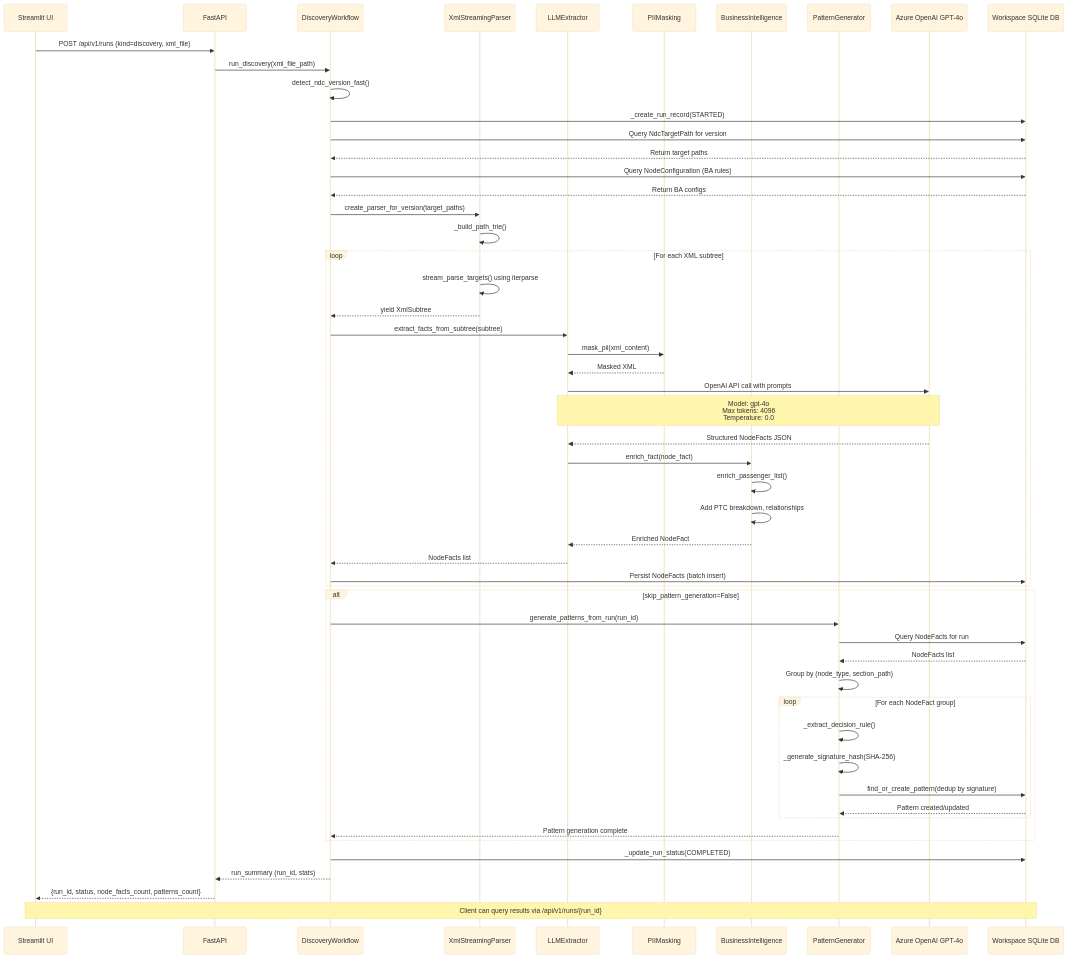
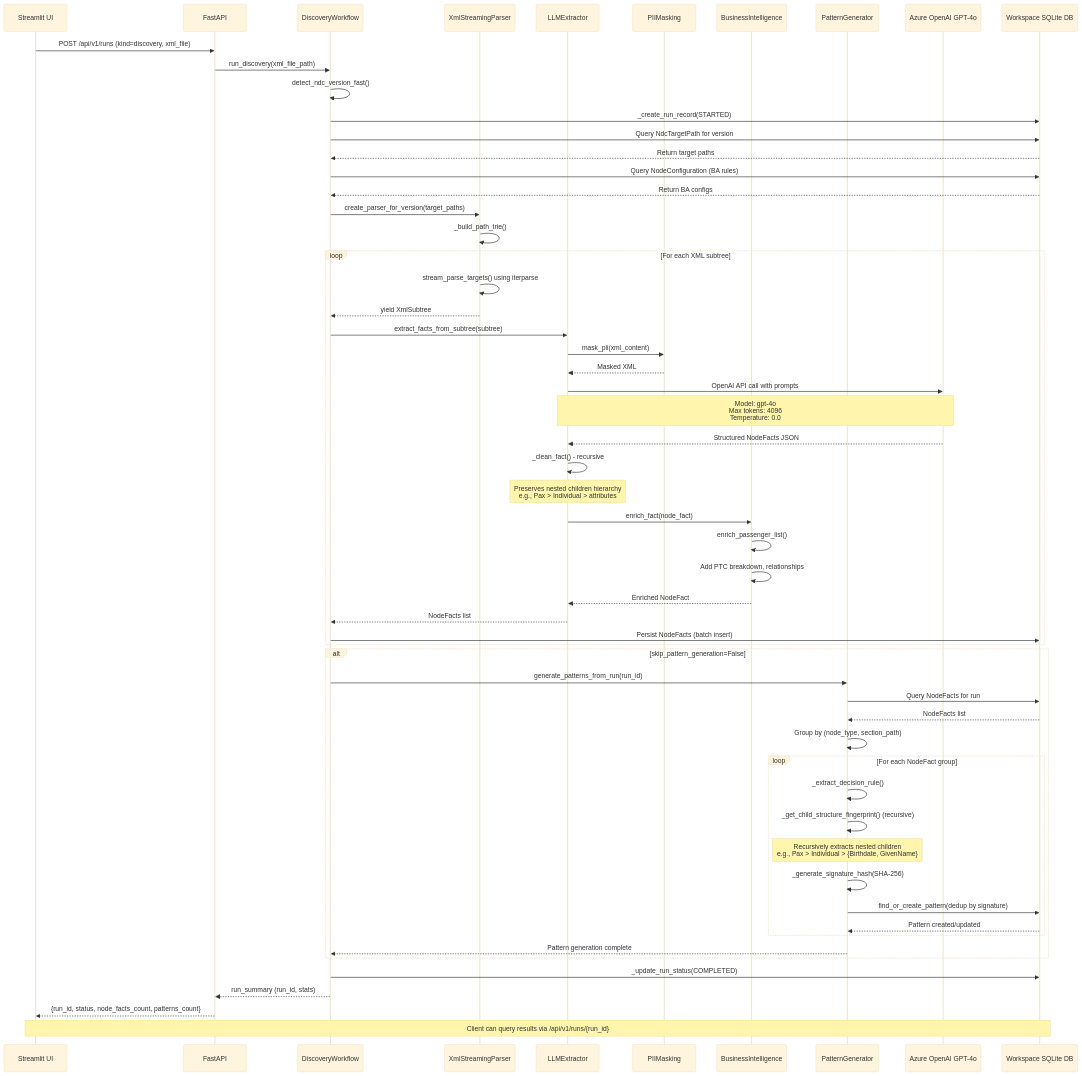
Before and after one commit to nikhil-codes-hub/ad_revamped: the first of 14 diagrams in docs/System_Diagrams.md, drawn with Mermaid (base theme). The commit also changed other lines of this file and 1 other file, not shown here.

First line of the commit message:
Update system diagrams to reflect nested children support

````diff
--- a/docs/System_Diagrams.md
+++ b/docs/System_Diagrams.md
@@ -35,73 +35,78 @@
 ```mermaid
 sequenceDiagram
     participant Client as Streamlit UI
     participant API as FastAPI
     participant DW as DiscoveryWorkflow
     participant Parser as XmlStreamingParser
     participant LLMExt as LLMExtractor
     participant PII as PIIMasking
     participant BI as BusinessIntelligence
     participant PatGen as PatternGenerator
     participant Azure as Azure OpenAI GPT-4o
     participant WSDb as Workspace SQLite DB
 
     Client->>API: POST /api/v1/runs (kind=discovery, xml_file)
     API->>DW: run_discovery(xml_file_path)
 
     DW->>DW: detect_ndc_version_fast()
     DW->>WSDb: _create_run_record(STARTED)
     DW->>WSDb: Query NdcTargetPath for version
     WSDb-->>DW: Return target paths
     DW->>WSDb: Query NodeConfiguration (BA rules)
     WSDb-->>DW: Return BA configs
 
     DW->>Parser: create_parser_for_version(target_paths)
     Parser->>Parser: _build_path_trie()
 
     loop For each XML subtree
         Parser->>Parser: stream_parse_targets() using iterparse
         Parser-->>DW: yield XmlSubtree
 
         DW->>LLMExt: extract_facts_from_subtree(subtree)
 
         LLMExt->>PII: mask_pii(xml_content)
         PII-->>LLMExt: Masked XML
 
         LLMExt->>Azure: OpenAI API call with prompts
         Note over LLMExt,Azure: Model: gpt-4o<br/>Max tokens: 4096<br/>Temperature: 0.0
         Azure-->>LLMExt: Structured NodeFacts JSON
 
+        LLMExt->>LLMExt: _clean_fact() - recursive
+        Note over LLMExt: Preserves nested children hierarchy<br/>e.g., Pax > Individual > attributes
+
         LLMExt->>BI: enrich_fact(node_fact)
         BI->>BI: enrich_passenger_list()
         BI->>BI: Add PTC breakdown, relationships
         BI-->>LLMExt: Enriched NodeFact
 
         LLMExt-->>DW: NodeFacts list
 
         DW->>WSDb: Persist NodeFacts (batch insert)
     end
 
     alt skip_pattern_generation=False
         DW->>PatGen: generate_patterns_from_run(run_id)
 
         PatGen->>WSDb: Query NodeFacts for run
         WSDb-->>PatGen: NodeFacts list
 
         PatGen->>PatGen: Group by (node_type, section_path)
 
         loop For each NodeFact group
             PatGen->>PatGen: _extract_decision_rule()
+            PatGen->>PatGen: _get_child_structure_fingerprint() (recursive)
+            Note over PatGen: Recursively extracts nested children<br/>e.g., Pax > Individual > {Birthdate, GivenName}
             PatGen->>PatGen: _generate_signature_hash(SHA-256)
             PatGen->>WSDb: find_or_create_pattern(dedup by signature)
             WSDb-->>PatGen: Pattern created/updated
         end
 
         PatGen-->>DW: Pattern generation complete
     end
 
     DW->>WSDb: _update_run_status(COMPLETED)
     DW-->>API: run_summary (run_id, stats)
     API-->>Client: {run_id, status, node_facts_count, patterns_count}
 
     Note over Client,WSDb: Client can query results via /api/v1/runs/{run_id}
 ```
````
